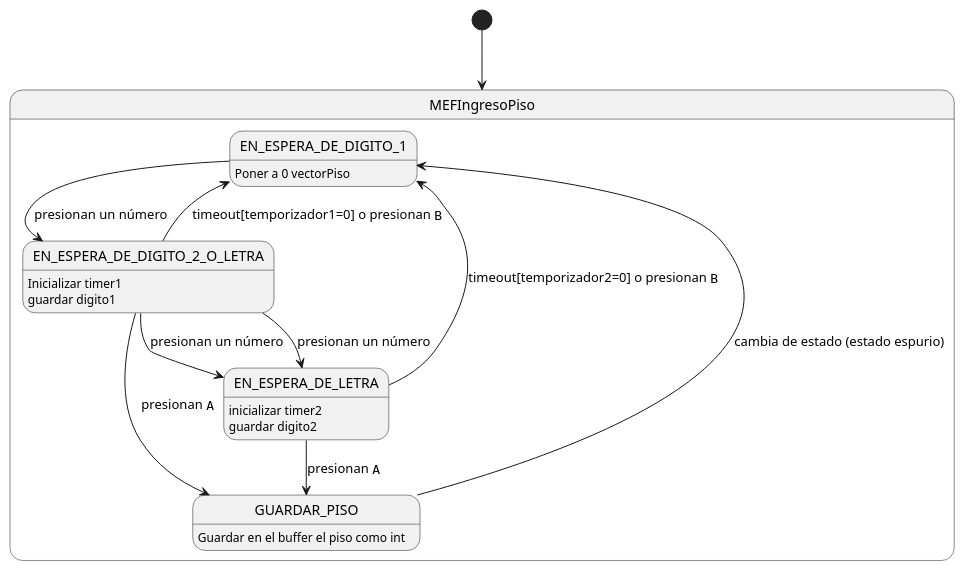
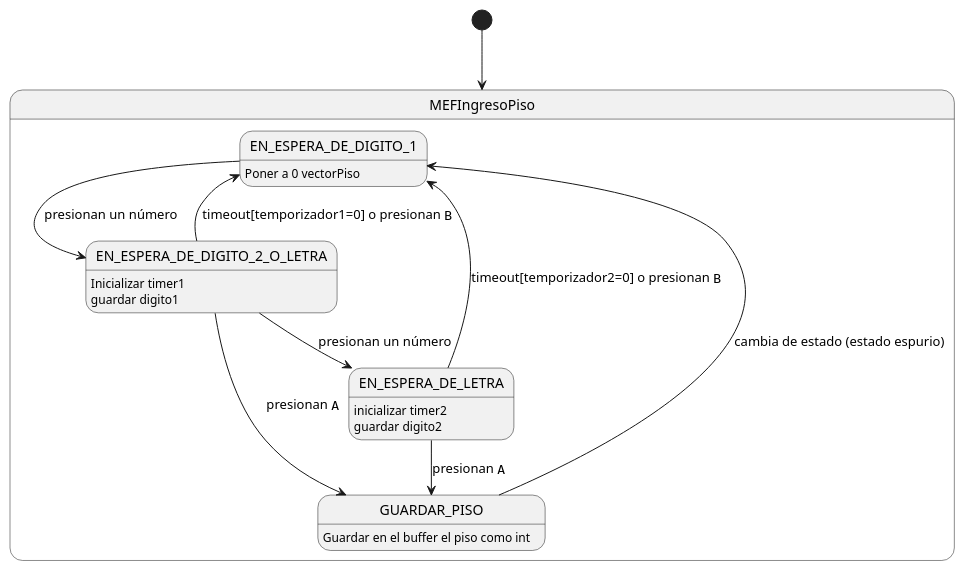
The second of 2 diagrams in msiracusa/ingresoPiso.org (epernia/capse-nivel2-examen), drawn with PlantUML before and after one commit. The commit also changed other lines of this file and 2 other files, not shown here.

```diff
--- a/msiracusa/ingresoPiso.org
+++ b/msiracusa/ingresoPiso.org
@@ -57,28 +57,27 @@
 #+BEGIN_SRC plantuml :file mefingresopiso.png
 @startuml
 [*] --> MEFIngresoPiso
 
 state MEFIngresoPiso {
   EN_ESPERA_DE_DIGITO_1 --> EN_ESPERA_DE_DIGITO_2_O_LETRA: presionan un número
   EN_ESPERA_DE_DIGITO_2_O_LETRA --> EN_ESPERA_DE_LETRA: presionan un número
   EN_ESPERA_DE_DIGITO_2_O_LETRA --> GUARDAR_PISO: presionan ""A""
   
   EN_ESPERA_DE_DIGITO_2_O_LETRA --> EN_ESPERA_DE_DIGITO_1: timeout[temporizador1=0] o presionan ""B""
-  EN_ESPERA_DE_DIGITO_2_O_LETRA --> EN_ESPERA_DE_LETRA: presionan un número
   EN_ESPERA_DE_LETRA --> EN_ESPERA_DE_DIGITO_1: timeout[temporizador2=0] o presionan ""B""
   EN_ESPERA_DE_LETRA --> GUARDAR_PISO: presionan ""A""
   GUARDAR_PISO --> EN_ESPERA_DE_DIGITO_1:cambia de estado (estado espurio)
 
    EN_ESPERA_DE_DIGITO_1: Poner a 0 vectorPiso
 
    EN_ESPERA_DE_DIGITO_2_O_LETRA: Inicializar timer1
    EN_ESPERA_DE_DIGITO_2_O_LETRA: guardar digito1
 
    EN_ESPERA_DE_LETRA: inicializar timer2
    EN_ESPERA_DE_LETRA: guardar digito2
 
    GUARDAR_PISO: Guardar en el buffer el piso como int
 }
 
 @enduml
 #+END_SRC
```
